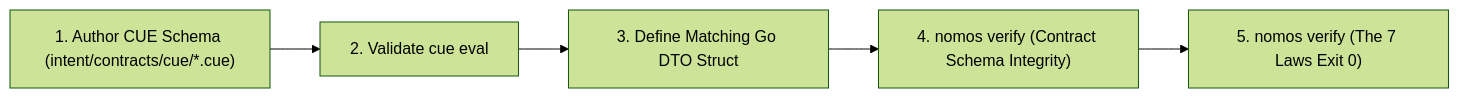
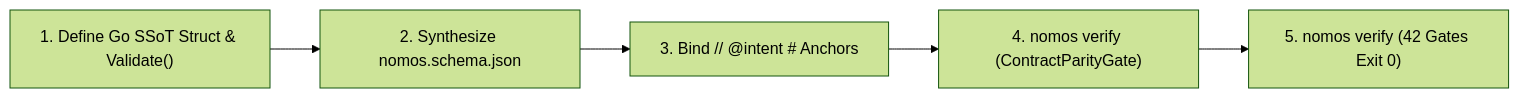
One commit to mgantlett/nomos changed the diagram in substrate/src/nomos/modules/handshake/directives/edit_05_schema_synthesis.md. Above: the diagram before and after it, drawn with Mermaid (forest theme). The commit also changed other lines of this file and 73 other files, not shown here.

````diff
--- a/substrate/src/nomos/modules/handshake/directives/edit_05_schema_synthesis.md
+++ b/substrate/src/nomos/modules/handshake/directives/edit_05_schema_synthesis.md
@@ -28,7 +28,7 @@
 ```mermaid
 graph LR
-    CUE["1. Author CUE Schema (intent/contracts/cue/*.cue)"] --> Unify["2. Validate cue eval"]
-    Unify --> GoDTO["3. Define Matching Go DTO Struct"]
-    GoDTO --> Parity["4. nomos verify (Contract Schema Integrity)"]
-    Parity --> DoD["5. nomos verify (The 7 Laws Exit 0)"]
+    GoSSoT["1. Define Go SSoT Struct & Validate()"] --> Reflect["2. Synthesize nomos.schema.json"]
+    Reflect --> Trace["3. Bind // @intent #<TypeName> Anchors"]
+    Trace --> Parity["4. nomos verify (ContractParityGate)"]
+    Parity --> DoD["5. nomos verify (42 Gates Exit 0)"]
 ```
````
